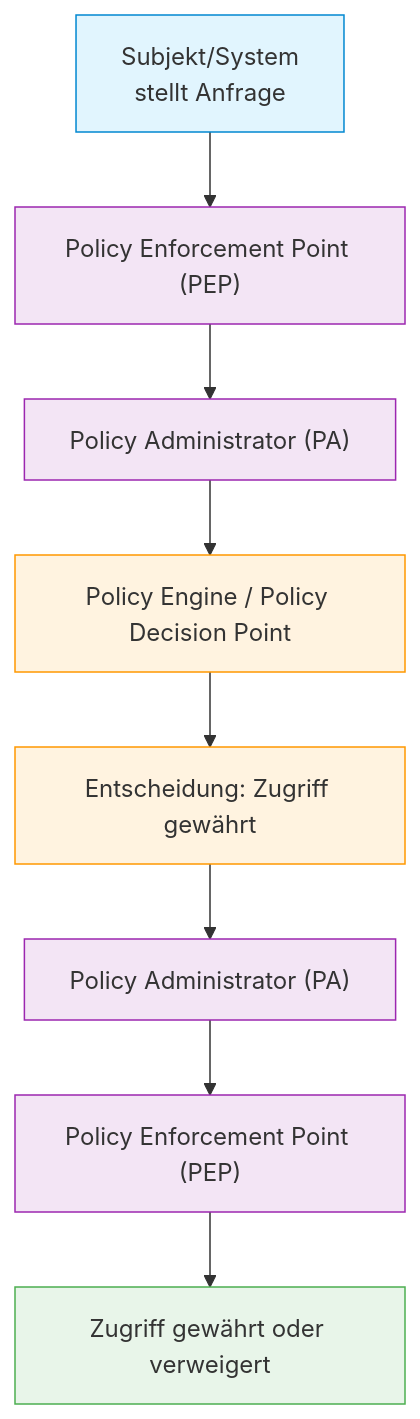
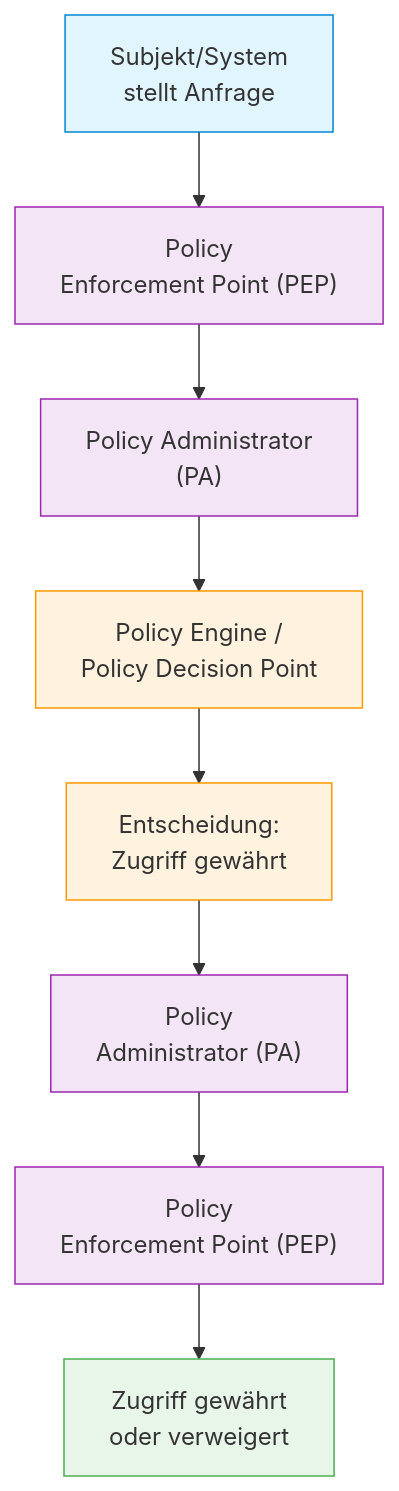
One commit to gw-ai-security/CompTIA-Security-SY0-70-Vorbereitung changed the diagram in docs/1_Allgemeine_Sicherheitskonzepte/1.24_Zero_Trust.md. Above: the diagram before and after it, drawn with Mermaid.

````diff
--- a/docs/1_Allgemeine_Sicherheitskonzepte/1.24_Zero_Trust.md
+++ b/docs/1_Allgemeine_Sicherheitskonzepte/1.24_Zero_Trust.md
@@ -116,25 +116,25 @@
 ```mermaid
 flowchart TD
-    A["Subjekt/System<br>stellt Anfrage"] --> B["Policy Enforcement Point (PEP)"]
-    B --> C["Policy Administrator (PA)"]
-    C --> D["Policy Engine / Policy Decision Point"]
-    D --> E["Entscheidung: Zugriff gewährt"]
-    E --> F["Policy Administrator (PA)"]
-    F --> G["Policy Enforcement Point (PEP)"]
-    G --> H["Zugriff gewährt oder verweigert"]
+    A["Subjekt/System<br>stellt Anfrage"] --> B["Policy<br>Enforcement Point (PEP)"]
+    B --> C["Policy Administrator<br>(PA)"]
+    C --> D["Policy Engine / <br>Policy Decision Point"]
+    D --> E["Entscheidung: <br>Zugriff gewährt"]
+    E --> F["Policy <br>Administrator (PA)"]
+    F --> G["Policy<br> Enforcement Point (PEP)"]
+    G --> H["Zugriff gewährt <br>oder verweigert"]
     
     A:::start
     B:::process
     C:::process
     D:::decision
     E:::decision
     F:::process
     G:::process
     H:::finale
     
     classDef start fill:#e1f5fe,stroke:#0288d1
     classDef process fill:#f3e5f5,stroke:#9c27b0
     classDef decision fill:#fff3e0,stroke:#ff9800
     classDef finale fill:#e8f5e9,stroke:#4caf50
 
 ```
````
